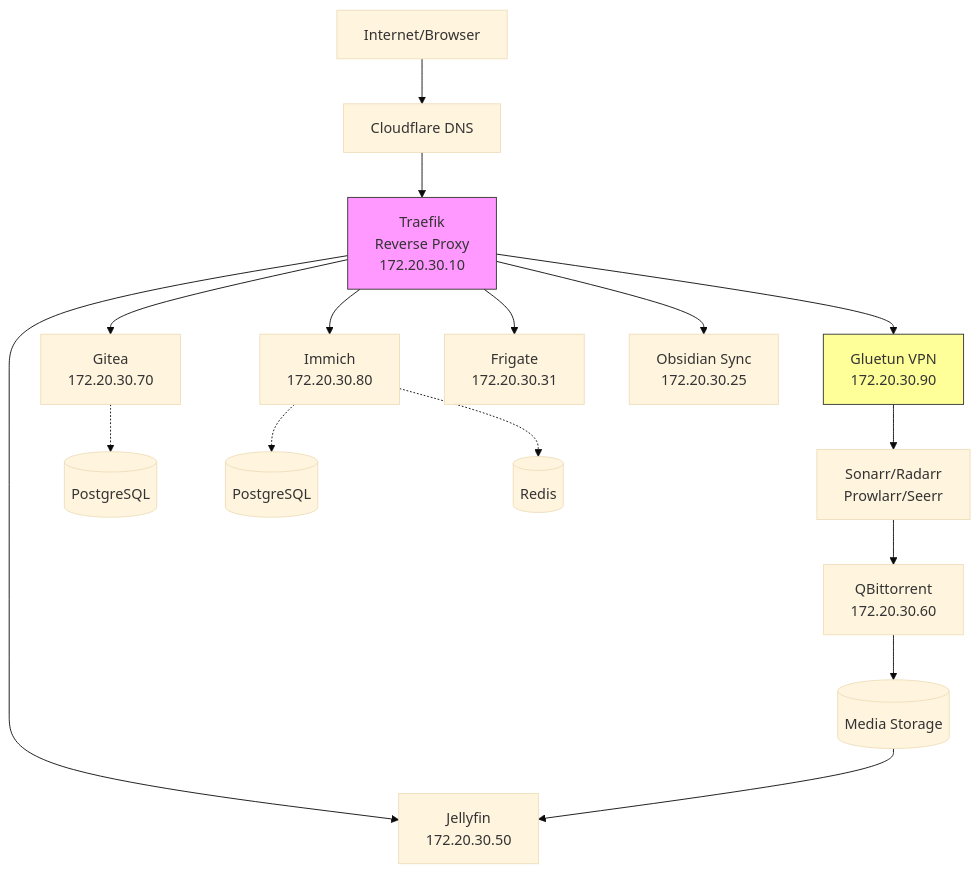
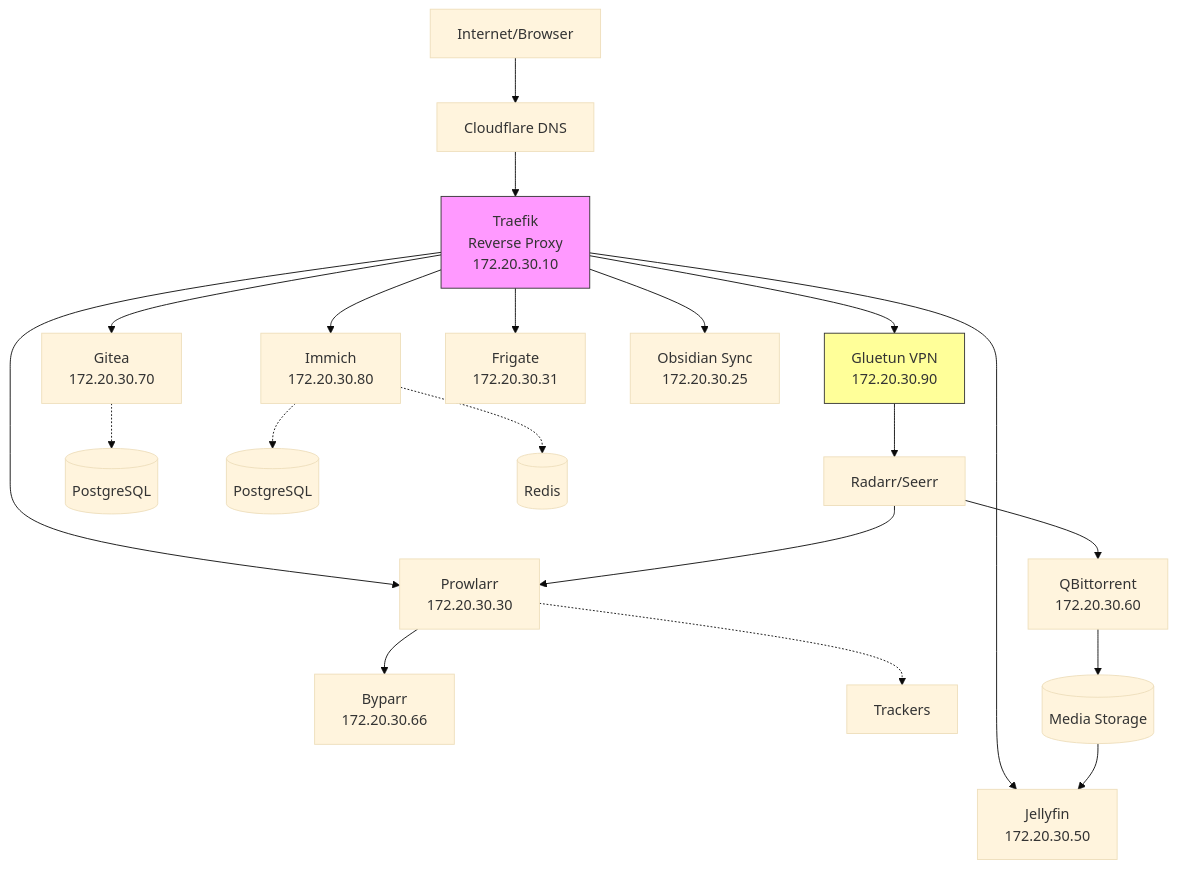
One commit to tubopo/compose-home-nas changed the diagram in README.md. Above: the diagram before and after it, drawn with Mermaid (base theme). The commit also changed other lines of this file and 3 other files, not shown here.

First line of the commit message:
Migrate to byparr and add configarr for Prowlarr

````diff
--- a/README.md
+++ b/README.md
@@ -22,24 +22,27 @@
 ```mermaid
 graph TB
     Internet[Internet/Browser] --> CF[Cloudflare DNS]
     CF --> T[Traefik<br/>Reverse Proxy<br/>172.20.30.10]
     T --> Git[Gitea<br/>172.20.30.70]
     T --> Photos[Immich<br/>172.20.30.80]
     T --> Media[Jellyfin<br/>172.20.30.50]
     T --> VPN[Gluetun VPN<br/>172.20.30.90]
+    T --> PR[Prowlarr<br/>172.20.30.30]
     T --> Cam[Frigate<br/>172.20.30.31]
     T --> Notes[Obsidian Sync<br/>172.20.30.25]
 
-    VPN --> ARR[Sonarr/Radarr<br/>Prowlarr/Seerr]
+    VPN --> ARR[Radarr/Seerr]
+    ARR --> PR
+    ARR --> DL[QBittorrent<br/>172.20.30.60]
+    PR --> BP[Byparr<br/>172.20.30.66]
+    PR -.-> Trackers
+    DL --> Storage[(Media Storage)]
+    Storage --> Media
 
     Git -.-> PG1[(PostgreSQL)]
     Photos -.-> PG2[(PostgreSQL)]
     Photos -.-> Redis[(Redis)]
 
-    ARR --> DL[QBittorrent<br/>172.20.30.60]
-    DL --> Storage[(Media Storage)]
-    Storage --> Media
-
     style T fill:#f9f,stroke:#333
     style VPN fill:#ff9,stroke:#333
 ```
````
